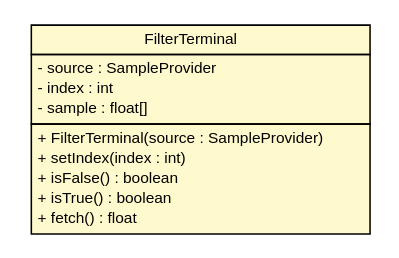
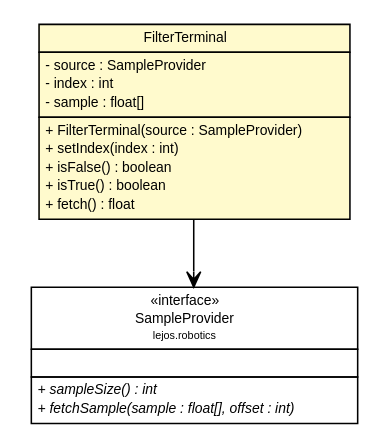
The diagram in docs/api/lejos/robotics/filter/FilterTerminal.dot (ev3dev-lang-java/ev3dev-lang-java), drawn with Graphviz before and after one commit. The commit also changed 413 other files, not shown here.

```diff
--- a/docs/api/lejos/robotics/filter/FilterTerminal.dot
+++ b/docs/api/lejos/robotics/filter/FilterTerminal.dot
@@ -1,30 +1,47 @@
 #!/usr/local/bin/dot
 #
 # Class diagram 
 # Generated by UMLGraph version R5_6-24-gf6e263 (http://www.umlgraph.org/)
 #
 
 digraph G {
 	edge [fontname="Helvetica",fontsize=10,labelfontname="Helvetica",labelfontsize=10];
 	node [fontname="Helvetica",fontsize=10,shape=plaintext];
 	nodesep=0.25;
 	ranksep=0.5;
+	// lejos.robotics.SampleProvider
+	c4413 [label=<<table title="lejos.robotics.SampleProvider" border="0" cellborder="1" cellspacing="0" cellpadding="2" port="p" href="../SampleProvider.html">
+		<tr><td><table border="0" cellspacing="0" cellpadding="1">
+<tr><td align="center" balign="center"> &#171;interface&#187; </td></tr>
+<tr><td align="center" balign="center"> SampleProvider </td></tr>
+<tr><td align="center" balign="center"><font point-size="7.0"> lejos.robotics </font></td></tr>
+		</table></td></tr>
+		<tr><td><table border="0" cellspacing="0" cellpadding="1">
+<tr><td align="left" balign="left">  </td></tr>
+		</table></td></tr>
+		<tr><td><table border="0" cellspacing="0" cellpadding="1">
+<tr><td align="left" balign="left"><font face="Helvetica-Oblique" point-size="9.0"> + sampleSize() : int </font></td></tr>
+<tr><td align="left" balign="left"><font face="Helvetica-Oblique" point-size="9.0"> + fetchSample(sample : float[], offset : int) </font></td></tr>
+		</table></td></tr>
+		</table>>, URL="../SampleProvider.html", fontname="Helvetica", fontcolor="black", fontsize=9.0];
 	// lejos.robotics.filter.FilterTerminal
-	c4415 [label=<<table title="lejos.robotics.filter.FilterTerminal" border="0" cellborder="1" cellspacing="0" cellpadding="2" port="p" bgcolor="lemonChiffon" href="./FilterTerminal.html">
+	c4419 [label=<<table title="lejos.robotics.filter.FilterTerminal" border="0" cellborder="1" cellspacing="0" cellpadding="2" port="p" bgcolor="lemonChiffon" href="./FilterTerminal.html">
 		<tr><td><table border="0" cellspacing="0" cellpadding="1">
 <tr><td align="center" balign="center"> FilterTerminal </td></tr>
 		</table></td></tr>
 		<tr><td><table border="0" cellspacing="0" cellpadding="1">
 <tr><td align="left" balign="left"> - source : SampleProvider </td></tr>
 <tr><td align="left" balign="left"> - index : int </td></tr>
 <tr><td align="left" balign="left"> - sample : float[] </td></tr>
 		</table></td></tr>
 		<tr><td><table border="0" cellspacing="0" cellpadding="1">
 <tr><td align="left" balign="left"> + FilterTerminal(source : SampleProvider) </td></tr>
 <tr><td align="left" balign="left"> + setIndex(index : int) </td></tr>
 <tr><td align="left" balign="left"> + isFalse() : boolean </td></tr>
 <tr><td align="left" balign="left"> + isTrue() : boolean </td></tr>
 <tr><td align="left" balign="left"> + fetch() : float </td></tr>
 		</table></td></tr>
-		</table>>, URL="./FilterTerminal.html", fontname="Helvetica", fontcolor="black", fontsize=10.0];
+		</table>>, URL="./FilterTerminal.html", fontname="Helvetica", fontcolor="black", fontsize=9.0];
+	// lejos.robotics.filter.FilterTerminal NAVASSOC lejos.robotics.SampleProvider
+	c4419:p -> c4413:p [taillabel="", label="", headlabel="", fontname="Helvetica", fontcolor="black", fontsize=10.0, color="black", arrowhead=open];
 }
```
